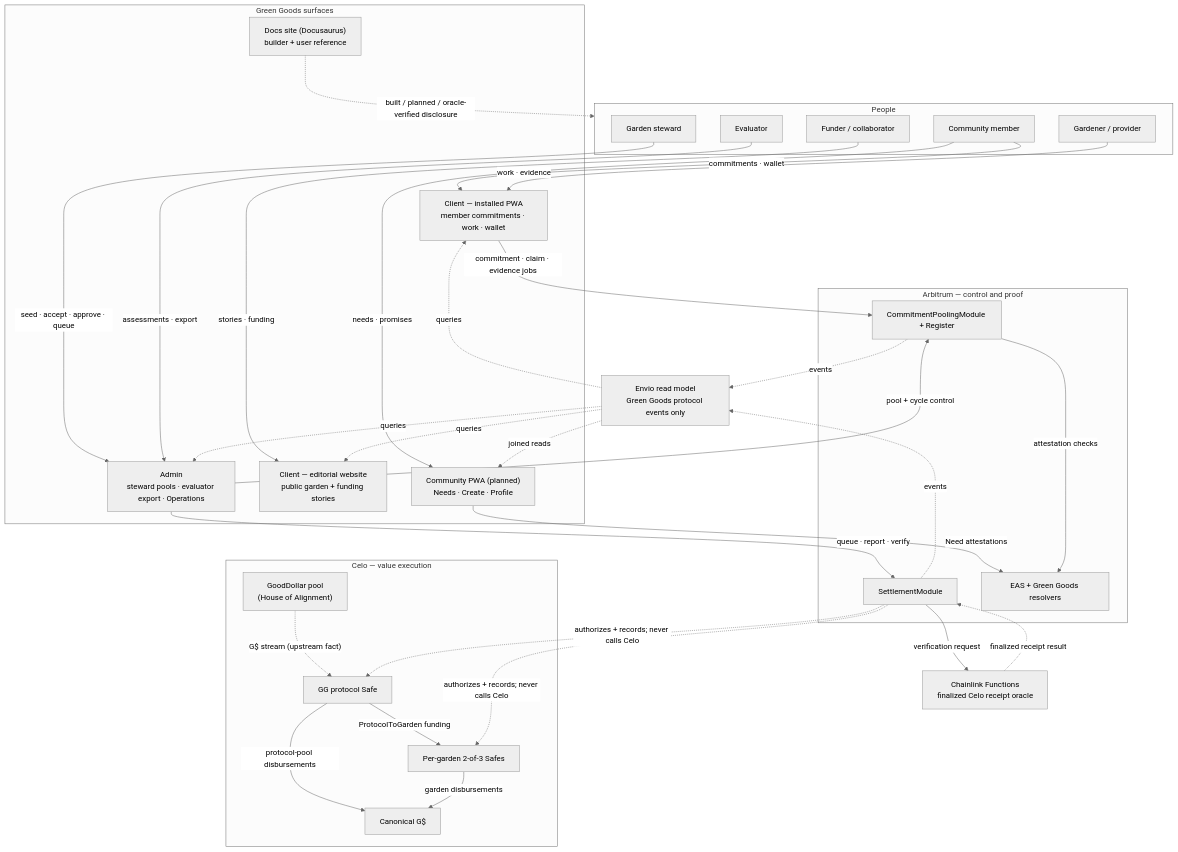
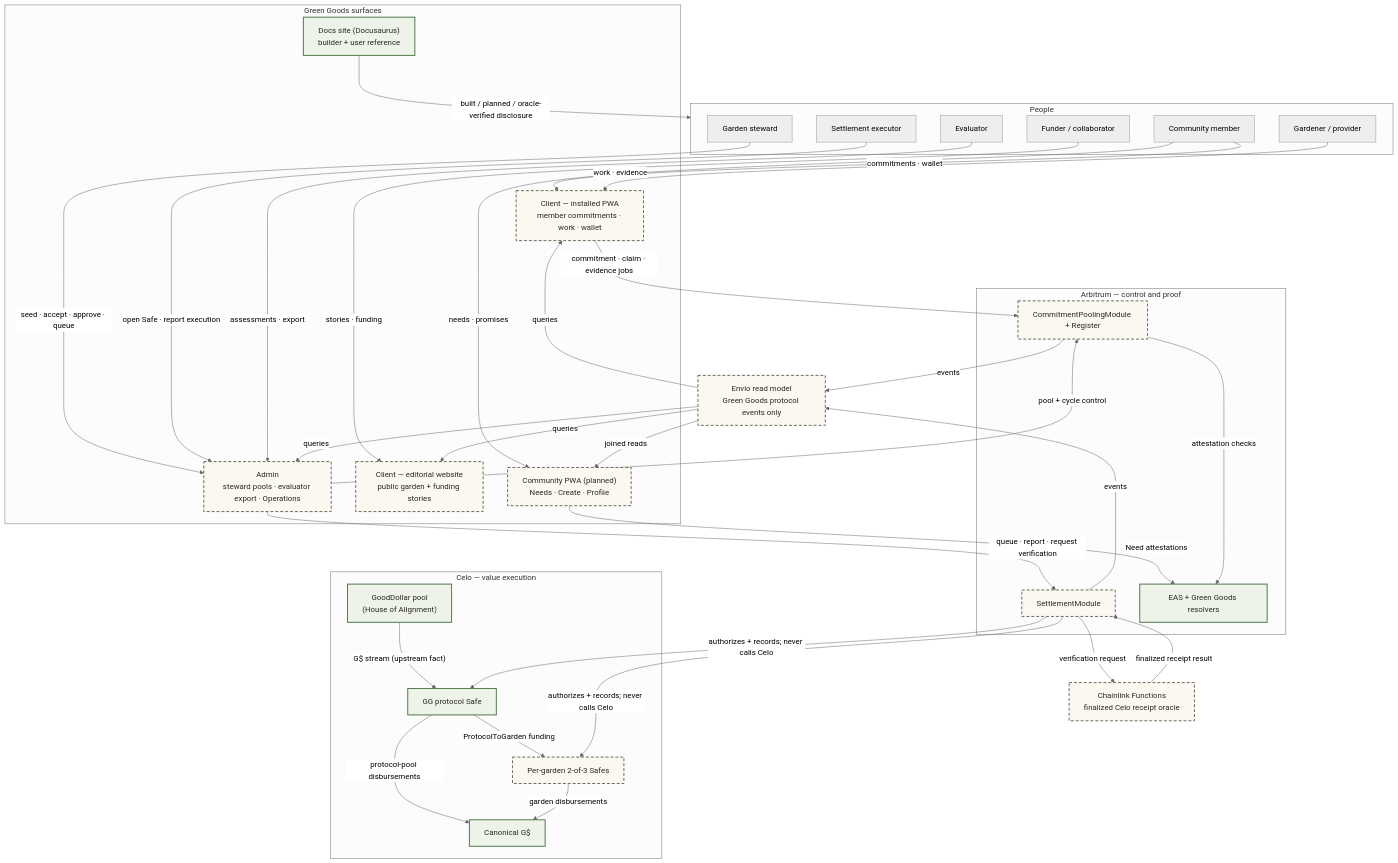
The first of 20 diagrams in .plans/active/commitment-pooling/diagrams.md (greenpill-dev-guild/green-goods), drawn with Mermaid (neutral theme) before and after one commit. The commit also changed other lines of this file and 13 other files, not shown here.

````diff
--- a/.plans/active/commitment-pooling/diagrams.md
+++ b/.plans/active/commitment-pooling/diagrams.md
@@ -47,57 +50,64 @@
 ```mermaid
 flowchart TB
   subgraph people["People"]
     MEM["Community member"]
     PROV["Gardener / provider"]
     STW["Garden steward"]
+    EXE["Settlement executor"]
     EVA["Evaluator"]
     FUND["Funder / collaborator"]
   end
   subgraph surfaces["Green Goods surfaces"]
     COM["Community PWA (planned)<br/>Needs · Create · Profile"]
     PWA["Client — installed PWA<br/>member commitments · work · wallet"]
     WEB["Client — editorial website<br/>public garden + funding stories"]
     ADMIN["Admin<br/>steward pools · evaluator export · Operations"]
     DOCS["Docs site (Docusaurus)<br/>builder + user reference"]
   end
   subgraph arb["Arbitrum — control and proof"]
     MOD["CommitmentPoolingModule + Register"]
     SET["SettlementModule"]
     EAS["EAS + Green Goods resolvers"]
   end
   ENV["Envio read model<br/>Green Goods protocol events only"]
   subgraph celo["Celo — value execution"]
     HOA["GoodDollar pool<br/>(House of Alignment)"]
     PS["GG protocol Safe"]
     GS["Per-garden 2-of-3 Safes"]
     GD["Canonical G$"]
   end
   CL["Chainlink Functions<br/>finalized Celo receipt oracle"]
 
   MEM -->|"needs · promises"| COM
   MEM -->|"commitments · wallet"| PWA
   PROV -->|"work · evidence"| PWA
   STW -->|"seed · accept · approve · queue"| ADMIN
+  EXE -->|"open Safe · report execution"| ADMIN
   EVA -->|"assessments · export"| ADMIN
   FUND -->|"stories · funding"| WEB
   COM -->|"Need attestations"| EAS
   PWA -->|"commitment · claim · evidence jobs"| MOD
   ADMIN -->|"pool + cycle control"| MOD
-  ADMIN -->|"queue · report · verify"| SET
+  ADMIN -->|"queue · report · request verification"| SET
   MOD -->|"attestation checks"| EAS
-  MOD -. "events" .-> ENV
-  SET -. "events" .-> ENV
-  ENV -. "joined reads" .-> COM
-  ENV -. "queries" .-> PWA
-  ENV -. "queries" .-> WEB
-  ENV -. "queries" .-> ADMIN
-  HOA -. "G$ stream (upstream fact)" .-> PS
+  MOD -->|"events"| ENV
+  SET -->|"events"| ENV
+  ENV -->|"joined reads"| COM
+  ENV -->|"queries"| PWA
+  ENV -->|"queries"| WEB
+  ENV -->|"queries"| ADMIN
+  HOA -->|"G$ stream (upstream fact)"| PS
   PS -->|"ProtocolToGarden funding"| GS
   PS -->|"protocol-pool disbursements"| GD
   GS -->|"garden disbursements"| GD
-  SET -. "authorizes + records; never calls Celo" .-> PS
-  SET -. "authorizes + records; never calls Celo" .-> GS
+  SET -->|"authorizes + records; never calls Celo"| PS
+  SET -->|"authorizes + records; never calls Celo"| GS
   SET -->|"verification request"| CL
-  CL -. "finalized receipt result" .-> SET
-  DOCS -. "built / planned / oracle-verified disclosure" .-> people
+  CL -->|"finalized receipt result"| SET
+  DOCS -->|"built / planned / oracle-verified disclosure"| people
+
+  classDef built fill:#edf3e8,stroke:#50784a,stroke-width:2px,color:#2a2722
+  classDef planned fill:#fbf8f2,stroke:#6e6857,stroke-width:2px,stroke-dasharray:6 4,color:#2a2722
+  class DOCS,EAS,HOA,PS,GD built
+  class COM,PWA,WEB,ADMIN,MOD,SET,ENV,GS,CL planned
 ```
````
